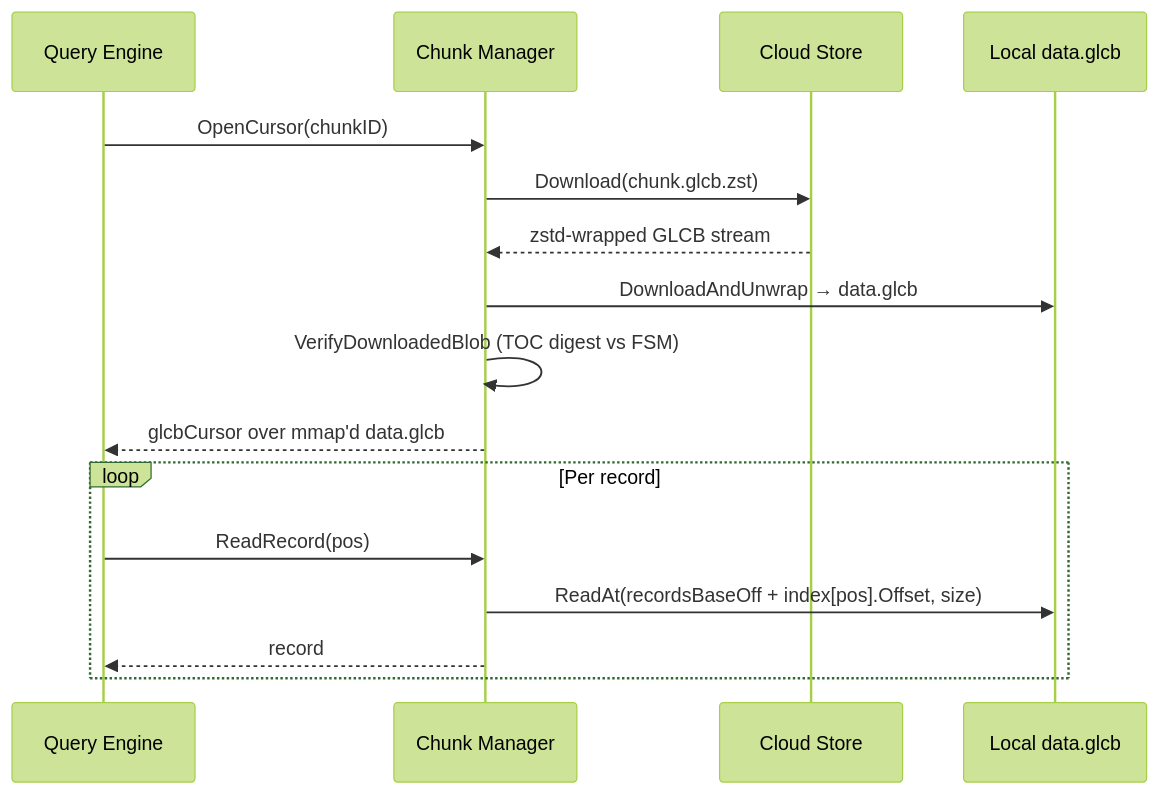
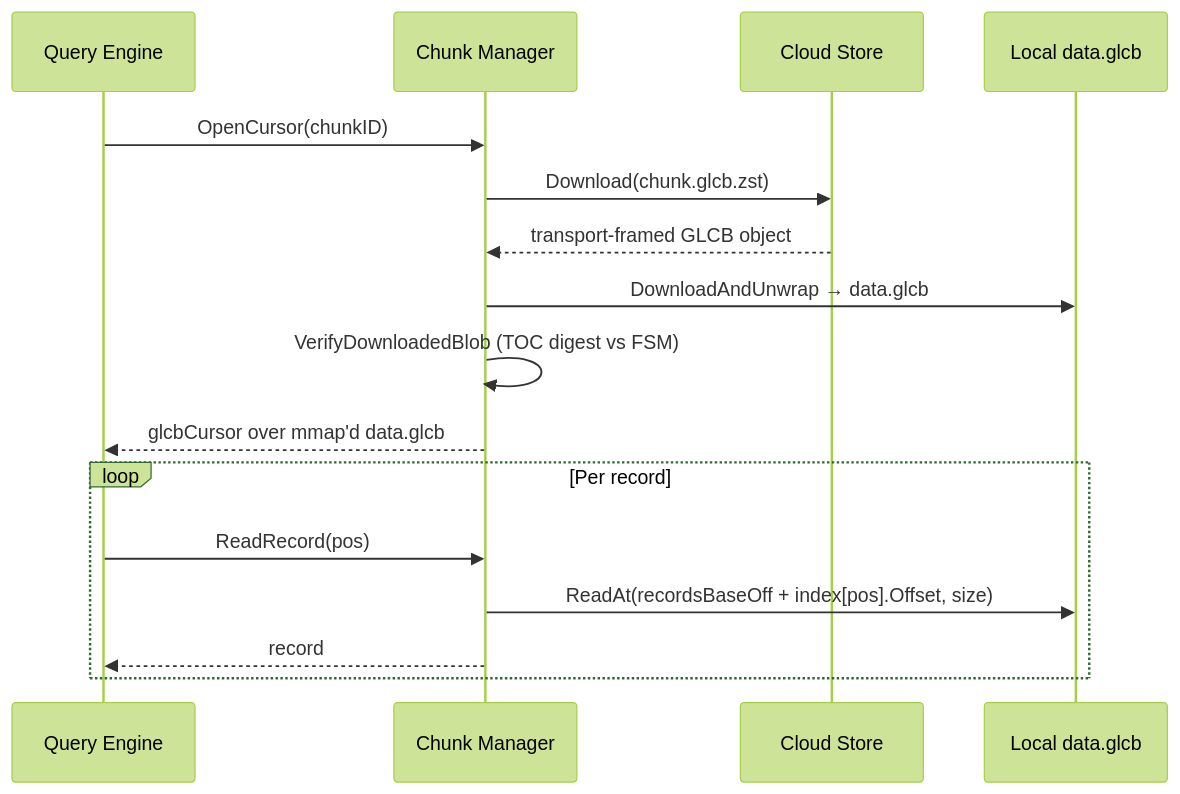
The seventh of 10 diagrams in docs/query_execution.md (kluzzebass/gastrolog), drawn with Mermaid (forest theme) before and after one commit. The commit also changed other lines of this file and 2 other files, not shown here.

Commit message:
docs: cloud objects are transport-framed per section, not whole-blob zstd
file_formats.md gains the framing layout; the query-execution and
advanced-indexing passages that described whole-blob wrapping now describe
what ships: content reads still fill the warm cache with one download, and
index sections are individually range-readable, which is how cold chunks
answer histogram rank lookups exactly.

````diff
--- a/docs/query_execution.md
+++ b/docs/query_execution.md
@@ -219,20 +219,20 @@
 ```mermaid
 sequenceDiagram
     participant QE as Query Engine
     participant CM as Chunk Manager
     participant S3 as Cloud Store
     participant Cache as Local data.glcb
 
     QE->>CM: OpenCursor(chunkID)
     CM->>S3: Download(chunk.glcb.zst)
-    S3-->>CM: zstd-wrapped GLCB stream
+    S3-->>CM: transport-framed GLCB object
     CM->>Cache: DownloadAndUnwrap → data.glcb
     CM->>CM: VerifyDownloadedBlob (TOC digest vs FSM)
     CM-->>QE: glcbCursor over mmap'd data.glcb
 
     loop Per record
         QE->>CM: ReadRecord(pos)
         CM->>Cache: ReadAt(recordsBaseOff + index[pos].Offset, size)
         CM-->>QE: record
     end
 ```
````
